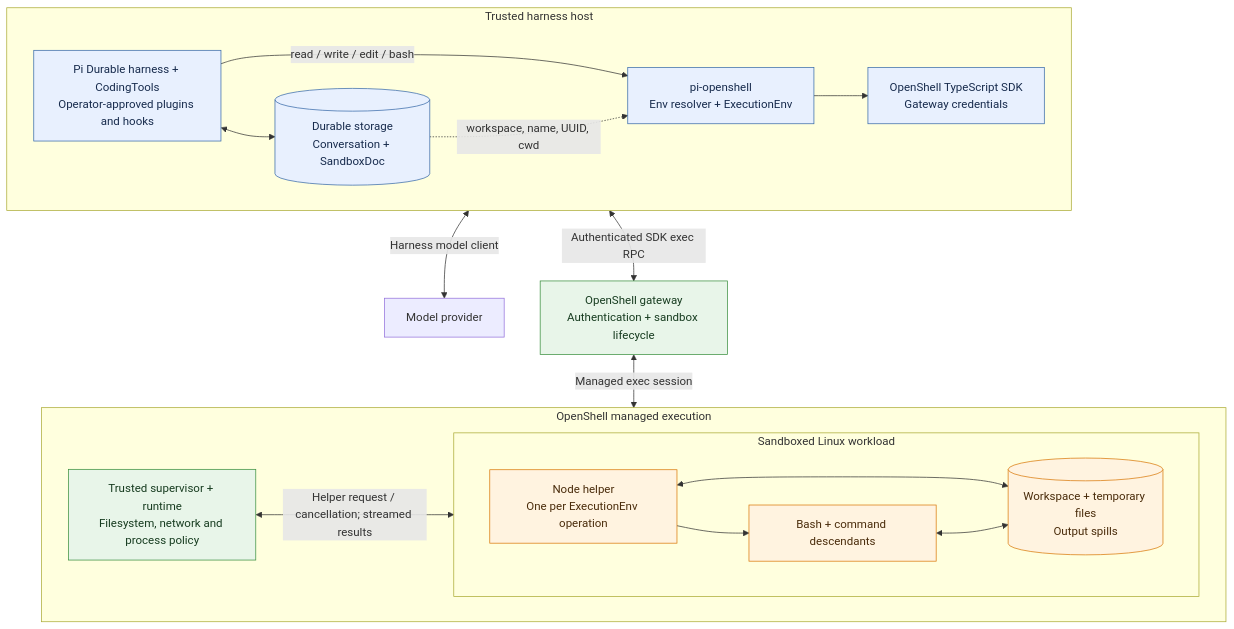
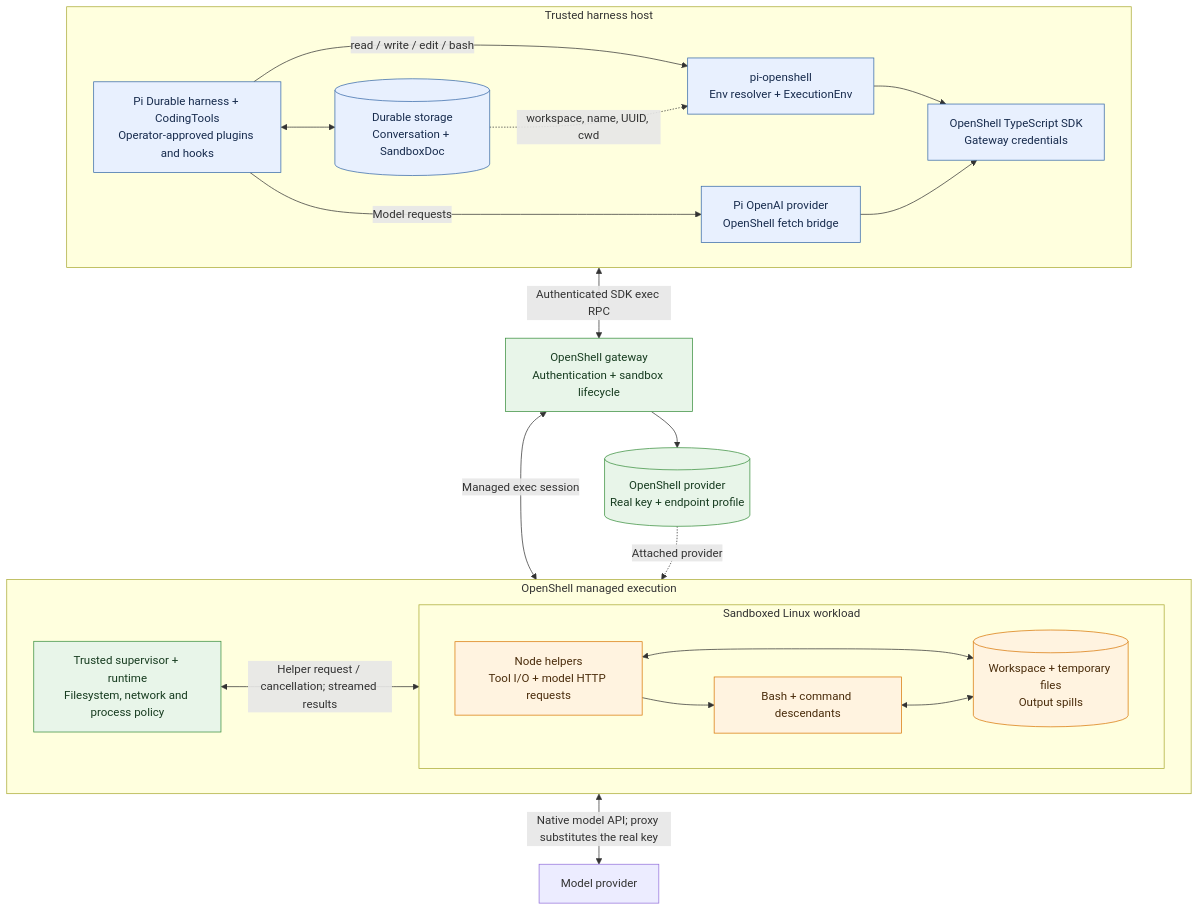
Before and after one commit to mrunalp/pi-openshell: the diagram in README.md, drawn with Mermaid. The commit also changed other lines of this file and 13 other files, not shown here.

Commit message:
feat(inference): use OpenShell provider credential injection

````diff
--- a/README.md
+++ b/README.md
@@ -14,43 +19,49 @@
 ```mermaid
 flowchart TB
   subgraph host["Trusted harness host"]
     direction LR
     pi["Pi Durable harness + CodingTools<br/>Operator-approved plugins and hooks"]
     storage[("Durable storage<br/>Conversation + SandboxDoc")]
     adapter["pi-openshell<br/>Env resolver + ExecutionEnv"]
+    inference["Pi OpenAI provider<br/>OpenShell fetch bridge"]
     sdk["OpenShell TypeScript SDK<br/>Gateway credentials"]
     pi <--> storage
     pi -->|"read / write / edit / bash"| adapter
     storage -.->|"workspace, name, UUID, cwd"| adapter
     adapter --> sdk
+    pi -->|"Model requests"| inference
+    inference --> sdk
   end
 
   model["Model provider"]
   gateway["OpenShell gateway<br/>Authentication + sandbox lifecycle"]
-  host <-->|"Harness model client"| model
+  provider[("OpenShell provider<br/>Real key + endpoint profile")]
+  gateway --> provider
   host <-->|"Authenticated SDK exec RPC"| gateway
 
   subgraph managed["OpenShell managed execution"]
     direction LR
     enforcement["Trusted supervisor + runtime<br/>Filesystem, network and process policy"]
     subgraph worker["Sandboxed Linux workload"]
       direction LR
-      helper["Node helper<br/>One per ExecutionEnv operation"]
+      helper["Node helpers<br/>Tool I/O + model HTTP requests"]
       shell["Bash + command descendants"]
       files[("Workspace + temporary files<br/>Output spills")]
       helper --> shell
       helper <--> files
       shell <--> files
     end
     enforcement <-->|"Helper request / cancellation; streamed results"| worker
   end
 
   gateway <-->|"Managed exec session"| managed
+  provider -.->|"Attached provider"| managed
+  managed <-->|"Native model API; proxy substitutes the real key"| model
 
   classDef trusted fill:#e8f0fe,stroke:#3568a8,color:#172b4d;
   classDef control fill:#e8f5e9,stroke:#388e3c,color:#173c20;
   classDef sandboxed fill:#fff3e0,stroke:#d97706,color:#4a2c0b;
-  class pi,storage,adapter,sdk trusted;
-  class gateway,enforcement control;
+  class pi,storage,adapter,inference,sdk trusted;
+  class gateway,provider,enforcement control;
   class helper,shell,files sandboxed;
 ```
````
